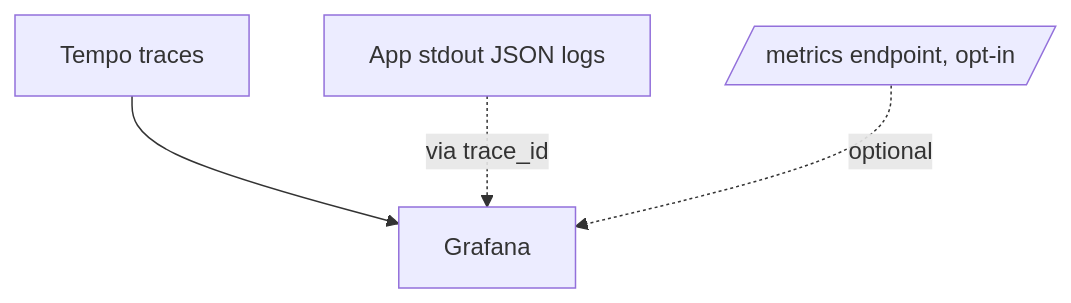
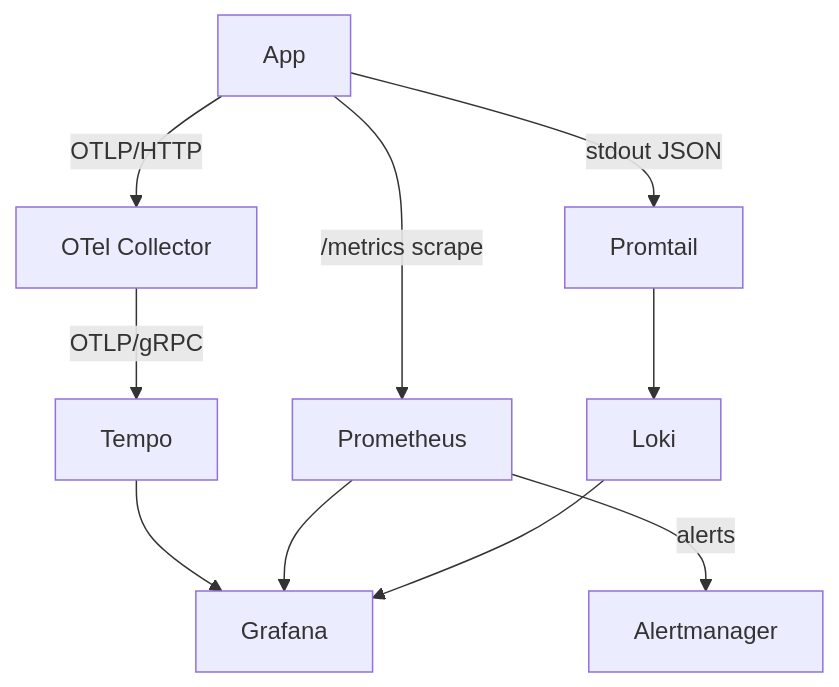
The diagram in docs/tools/grafana.md (Guebbit/boilerplate-node-backend), drawn with Mermaid before and after one commit. The commit also changed other lines of this file and 15 other files, not shown here.

Commit message:
feat: add full observability stack (OTel Collector, Prometheus, Alertmanager, Loki, Promtail)

````diff
--- a/docs/tools/grafana.md
+++ b/docs/tools/grafana.md
@@ -25,6 +25,12 @@
 ```mermaid
 flowchart TD
-    Tempo[Tempo traces] --> Grafana
-    AppLogs[App stdout JSON logs] -.via trace_id.-> Grafana
-    Metrics[/metrics endpoint, opt-in/] -.optional.-> Grafana
+    App -->|OTLP/HTTP| Collector[OTel Collector]
+    Collector -->|OTLP/gRPC| Tempo
+    App -->|/metrics scrape| Prometheus
+    App -->|stdout JSON| Promtail
+    Promtail --> Loki
+    Prometheus -->|alerts| Alertmanager
+    Tempo --> Grafana
+    Prometheus --> Grafana
+    Loki --> Grafana
 ```
````
